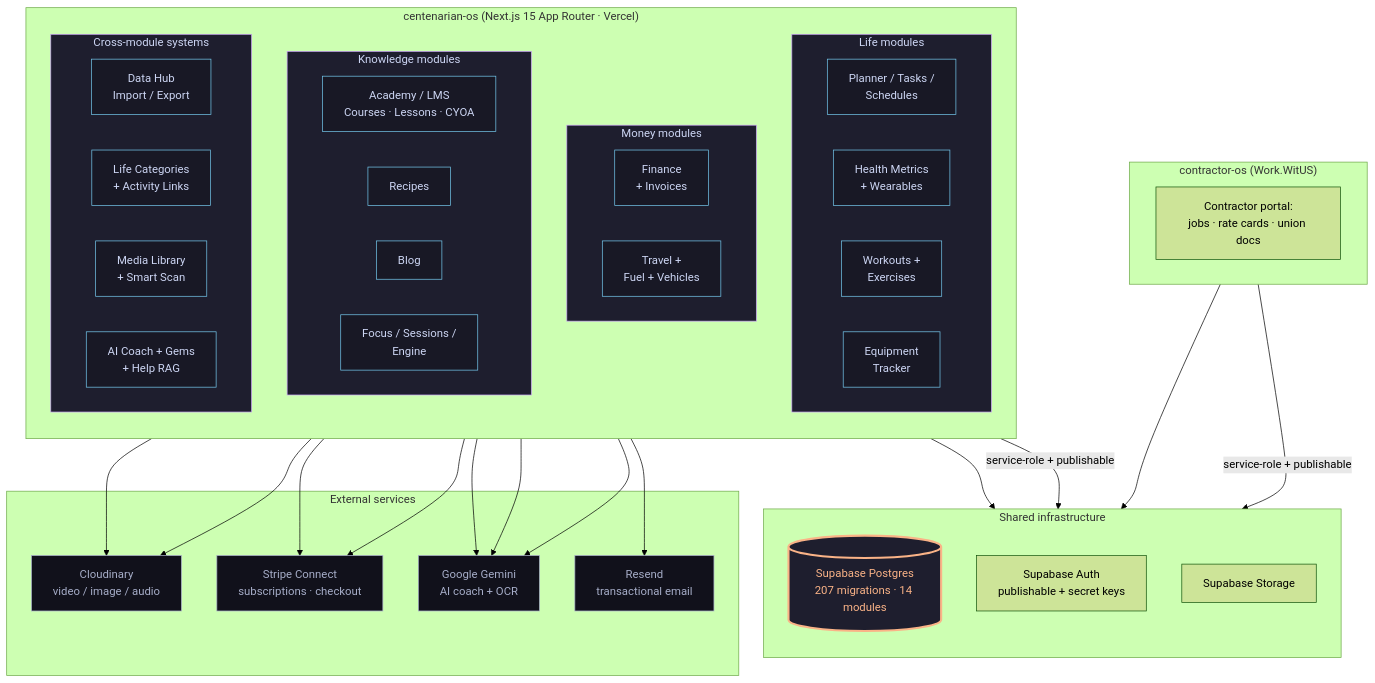
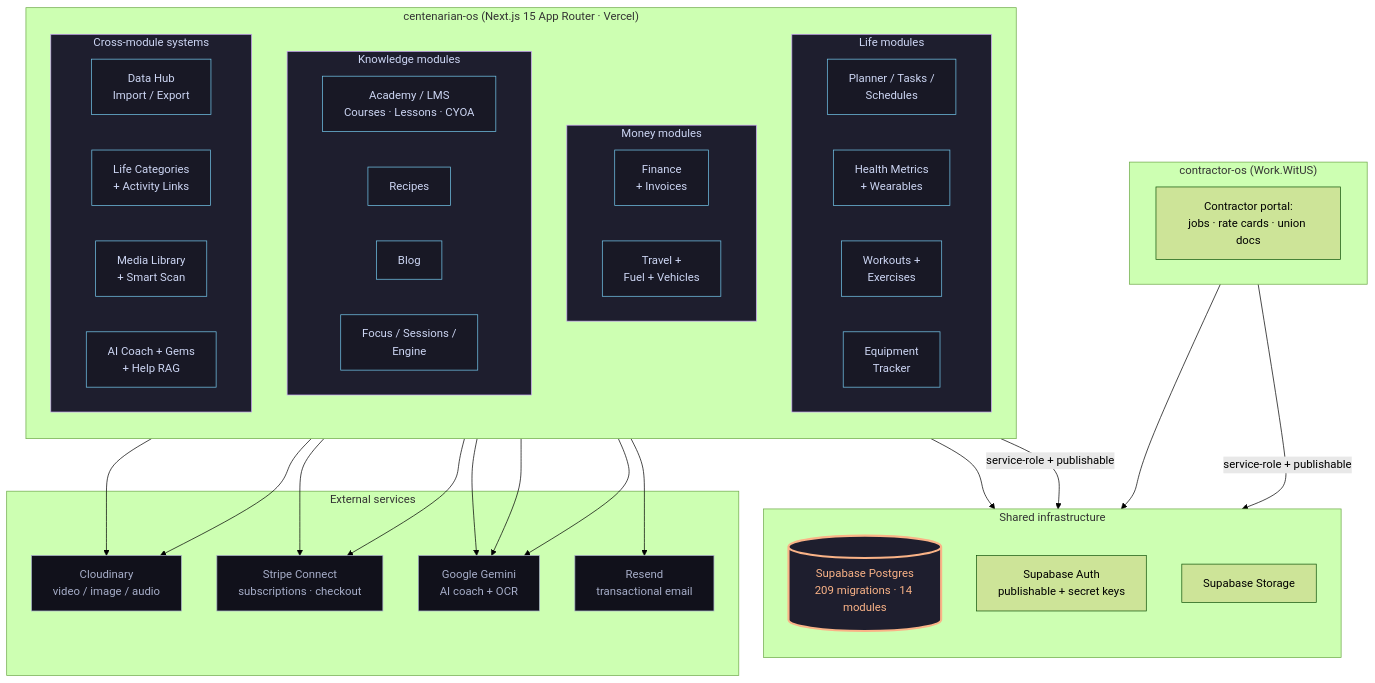
Before and after one commit to dapperAuteur/centenarian-os: the first of 2 diagrams in ARCHITECTURE.md, drawn with Mermaid (forest theme). The commit also changed other lines of this file and 2 other files, not shown here.

Commit message:
docs: migration count is 209 (205 calendar accounts, 206-207 profiles lockdown)

````diff
--- a/ARCHITECTURE.md
+++ b/ARCHITECTURE.md
@@ -14,76 +14,76 @@
 ```mermaid
 flowchart TB
   classDef shell fill:#1e1e2e,stroke:#cba6f7,color:#cdd6f4
   classDef module fill:#181825,stroke:#74c7ec,color:#cdd6f4
   classDef shared fill:#1e1e2e,stroke:#fab387,color:#fab387,stroke-width:3px
   classDef external fill:#11111b,stroke:#a6adc8,color:#a6adc8
 
   subgraph CentOS["centenarian-os (Next.js 15 App Router · Vercel)"]
     direction TB
 
     subgraph Life["Life modules"]
       direction LR
       Planner[Planner / Tasks /<br/>Schedules]
       Health[Health Metrics<br/>+ Wearables]
       Workouts[Workouts +<br/>Exercises]
       Equipment[Equipment<br/>Tracker]
     end
 
     subgraph Money["Money modules"]
       direction LR
       Finance[Finance<br/>+ Invoices]
       Travel[Travel +<br/>Fuel + Vehicles]
     end
 
     subgraph Knowledge["Knowledge modules"]
       direction LR
       Academy[Academy / LMS<br/>Courses · Lessons · CYOA]
       Recipes[Recipes]
       Blog[Blog]
       Focus[Focus / Sessions /<br/>Engine]
     end
 
     subgraph Cross["Cross-module systems"]
       direction LR
       DataHub[Data Hub<br/>Import / Export]
       Categories[Life Categories<br/>+ Activity Links]
       MediaLib[Media Library<br/>+ Smart Scan]
       Coach[AI Coach + Gems<br/>+ Help RAG]
     end
   end
 
   subgraph Shared["Shared infrastructure"]
     direction TB
-    Supabase[(Supabase Postgres<br/>207 migrations · 14 modules)]:::shared
+    Supabase[(Supabase Postgres<br/>209 migrations · 14 modules)]:::shared
     SupaAuth[Supabase Auth<br/>publishable + secret keys]
     SupaStorage[Supabase Storage]
   end
 
   subgraph Sibling["contractor-os (Work.WitUS)"]
     Contractor[Contractor portal:<br/>jobs · rate cards · union docs]
   end
 
   subgraph External["External services"]
     Cloudinary[Cloudinary<br/>video / image / audio]
     Stripe[Stripe Connect<br/>subscriptions · checkout]
     Gemini[Google Gemini<br/>AI coach + OCR]
     Resend[Resend<br/>transactional email]
   end
 
   CentOS -->|service-role + publishable| Supabase
   Sibling -->|service-role + publishable| Supabase
   CentOS --> SupaAuth
   Sibling --> SupaAuth
   CentOS --> Cloudinary
   CentOS --> Stripe
   CentOS --> Gemini
   CentOS --> Resend
   Coach --> Gemini
   MediaLib --> Cloudinary
   MediaLib --> Gemini
   Finance --> Stripe
 
   class Life,Money,Knowledge,Cross shell
   class Planner,Health,Workouts,Equipment,Finance,Travel,Academy,Recipes,Blog,Focus,DataHub,Categories,MediaLib,Coach module
   class Cloudinary,Stripe,Gemini,Resend external
 ```
````
